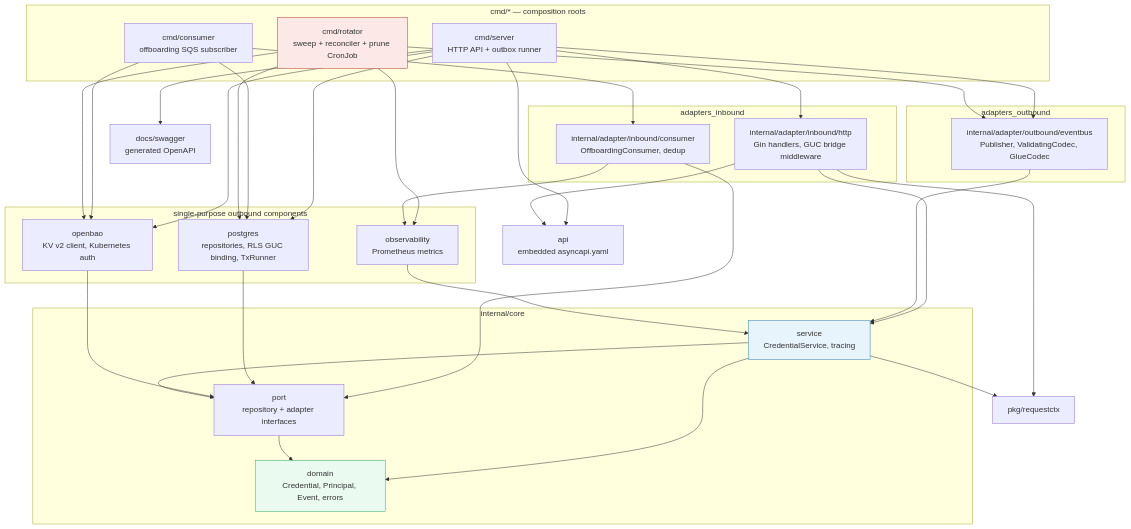
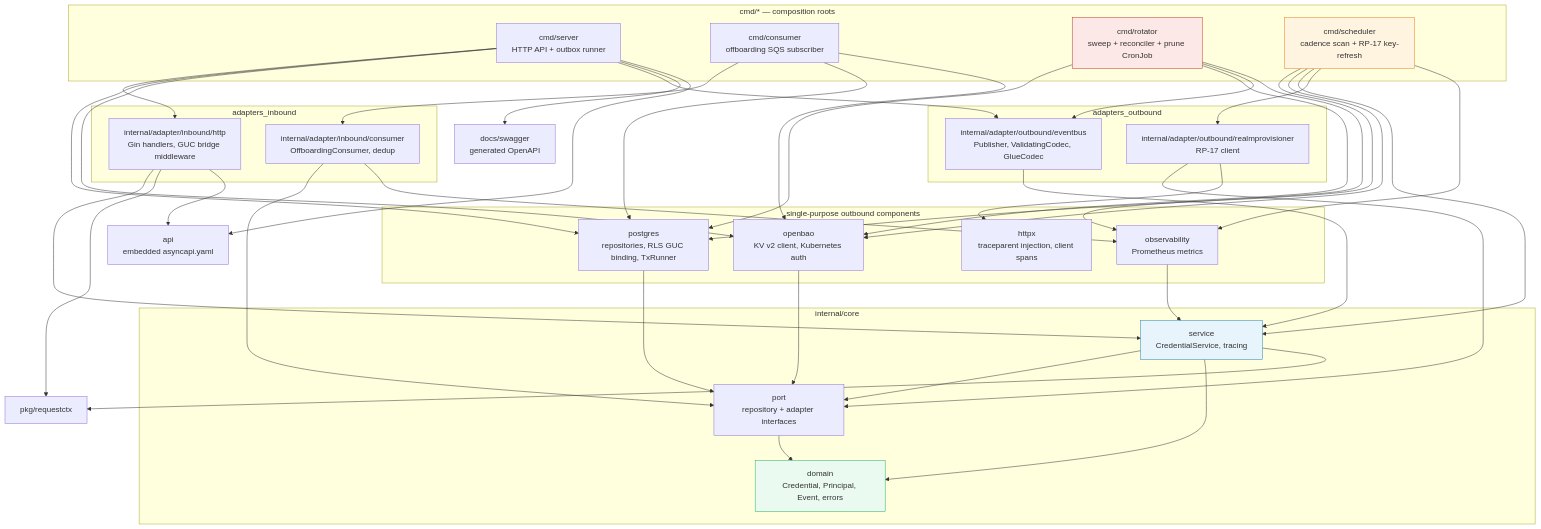
One commit to BCBP-SOLUTIONS-FZC-LLC/iam-token-service changed the first of 13 diagrams in ARCHITECTURE.md. Above: the diagram before and after it, drawn with Mermaid. The commit also changed other lines of this file and 94 other files, not shown here.

First line of the commit message:
EXT-6 client-jwt/JWKS auth, cmd/scheduler cadence rotation, TS-5 (IB-2) (#1)

````diff
--- a/ARCHITECTURE.md
+++ b/ARCHITECTURE.md
@@ -25,67 +30,78 @@
 ```mermaid
 graph TD
     subgraph cmd["cmd/* — composition roots"]
         SERVER["cmd/server<br/>HTTP API + outbox runner"]
         CONSUMER["cmd/consumer<br/>offboarding SQS subscriber"]
         ROTATOR["cmd/rotator<br/>sweep + reconciler + prune CronJob"]
+        SCHEDULER["cmd/scheduler<br/>cadence scan + RP-17 key-refresh"]
     end
 
     subgraph inbound["adapters_inbound"]
         HTTP["internal/adapter/inbound/http<br/>Gin handlers, GUC bridge middleware"]
         CONS["internal/adapter/inbound/consumer<br/>OffboardingConsumer, dedup"]
     end
 
     subgraph outbound["adapters_outbound"]
         EVENTBUS["internal/adapter/outbound/eventbus<br/>Publisher, ValidatingCodec, GlueCodec"]
+        REALMPROV["internal/adapter/outbound/realmprovisioner<br/>RP-17 client"]
     end
 
     subgraph isolated["single-purpose outbound components"]
         POSTGRES["postgres<br/>repositories, RLS GUC binding, TxRunner"]
         OPENBAO["openbao<br/>KV v2 client, Kubernetes auth"]
+        HTTPX["httpx<br/>traceparent injection, client spans"]
         OBS["observability<br/>Prometheus metrics"]
     end
 
     subgraph core["internal/core"]
         SERVICE["service<br/>CredentialService, tracing"]
         PORT["port<br/>repository + adapter interfaces"]
         DOMAIN["domain<br/>Credential, Principal, Event, errors"]
     end
 
     REQCTX["pkg/requestctx"]
     APISPEC["api<br/>embedded asyncapi.yaml"]
     SWAGGERDOCS["docs/swagger<br/>generated OpenAPI"]
 
     SERVER --> HTTP
     SERVER --> POSTGRES
     SERVER --> OPENBAO
     SERVER --> EVENTBUS
     SERVER --> SWAGGERDOCS
     SERVER --> APISPEC
     CONSUMER --> CONS
     CONSUMER --> POSTGRES
     CONSUMER --> OPENBAO
     ROTATOR --> POSTGRES
     ROTATOR --> OPENBAO
     ROTATOR --> EVENTBUS
     ROTATOR --> OBS
+    SCHEDULER --> POSTGRES
+    SCHEDULER --> OPENBAO
+    SCHEDULER --> SERVICE
+    SCHEDULER --> REALMPROV
+    SCHEDULER --> OBS
 
     HTTP --> SERVICE
     CONS --> PORT
     CONS --> OBS
     EVENTBUS --> SERVICE
+    REALMPROV --> PORT
+    REALMPROV --> HTTPX
     POSTGRES --> PORT
     OPENBAO --> PORT
     OBS --> SERVICE
 
     SERVICE --> PORT
     SERVICE --> DOMAIN
     SERVICE --> REQCTX
     PORT --> DOMAIN
 
     HTTP --> REQCTX
     HTTP --> APISPEC
 
     style ROTATOR fill:#fce8e6,stroke:#c0392b
+    style SCHEDULER fill:#fff4e0,stroke:#e67e22
     style SERVICE fill:#e8f4fc,stroke:#2980b9
     style DOMAIN fill:#eafaf1,stroke:#27ae60
 ```
````
